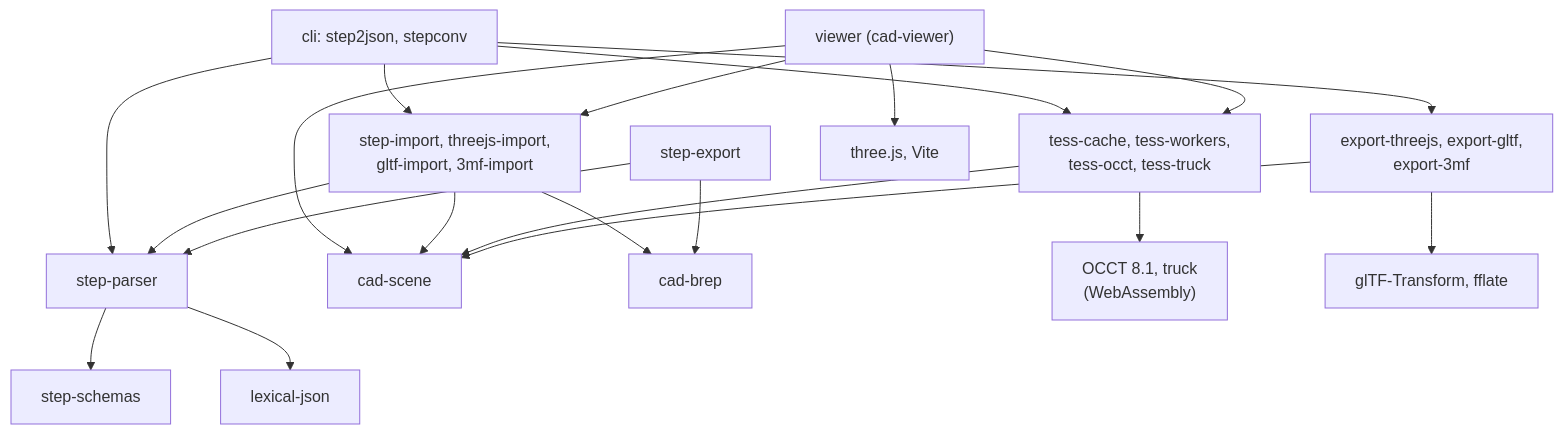
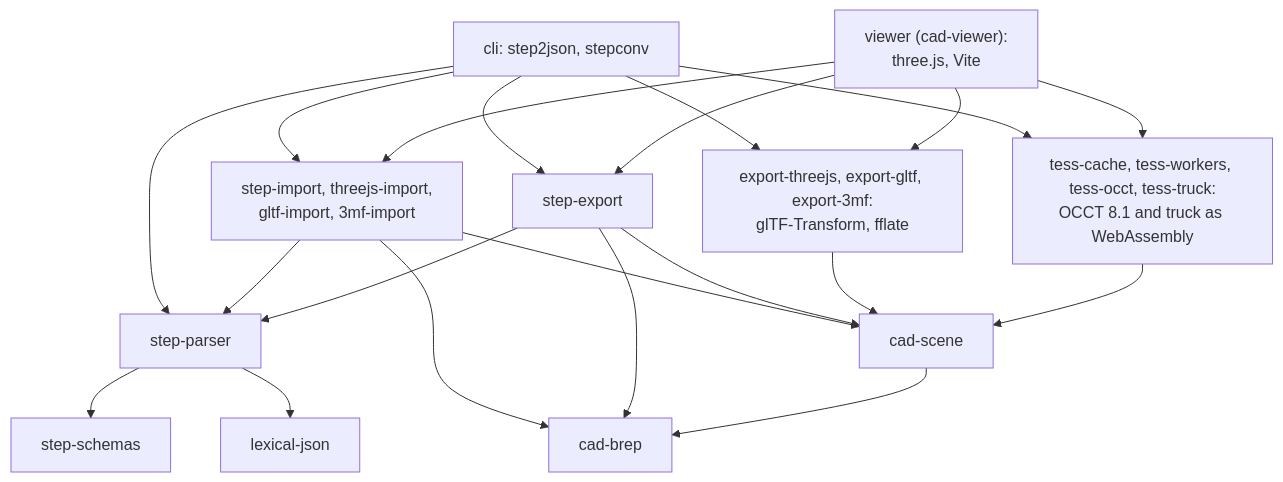
The first of 6 diagrams in README.md (martyvona/cad-io-js), drawn with Mermaid before and after one commit. The commit also changed other lines of this file and 92 other files, not shown here.

````diff
--- a/README.md
+++ b/README.md
@@ -421,26 +421,20 @@
 ```mermaid
 flowchart TD
   cli["cli: step2json, stepconv"]
+  viewer["viewer (cad-viewer):<br/>three.js, Vite"]
   imp["step-import, threejs-import,<br/>gltf-import, 3mf-import"]
+  sexp["step-export"]
+  exp["export-threejs, export-gltf, export-3mf:<br/>glTF-Transform, fflate"]
+  tess["tess-cache, tess-workers, tess-occt, tess-truck:<br/>OCCT 8.1 and truck as WebAssembly"]
+  scene["cad-scene"]
+  brep["cad-brep"]
   parser["step-parser"]
   schemas["step-schemas"]
   ljson["lexical-json"]
-  tess["tess-cache, tess-workers,<br/>tess-occt, tess-truck"]
-  exp["export-threejs, export-gltf,<br/>export-3mf"]
-  scene["cad-scene"]
-  brep["cad-brep"]
-  sexp["step-export"]
-  viewer["viewer (cad-viewer)"]
-  cli --> imp & tess & exp
-  viewer --> imp & tess & scene
-  viewer --> three["three.js, Vite"]
+  cli & viewer --> imp & sexp & exp & tess
   cli --> parser
-  imp --> parser & scene
-  imp --> brep
-  sexp --> brep & parser
+  imp & sexp --> parser & brep
+  imp & sexp & exp & tess --> scene
+  scene --> brep
   parser --> schemas & ljson
-  tess --> scene
-  exp --> scene
-  tess --> wasm["OCCT 8.1, truck<br/>(WebAssembly)"]
-  exp --> libs["glTF-Transform, fflate"]
 ```
````
